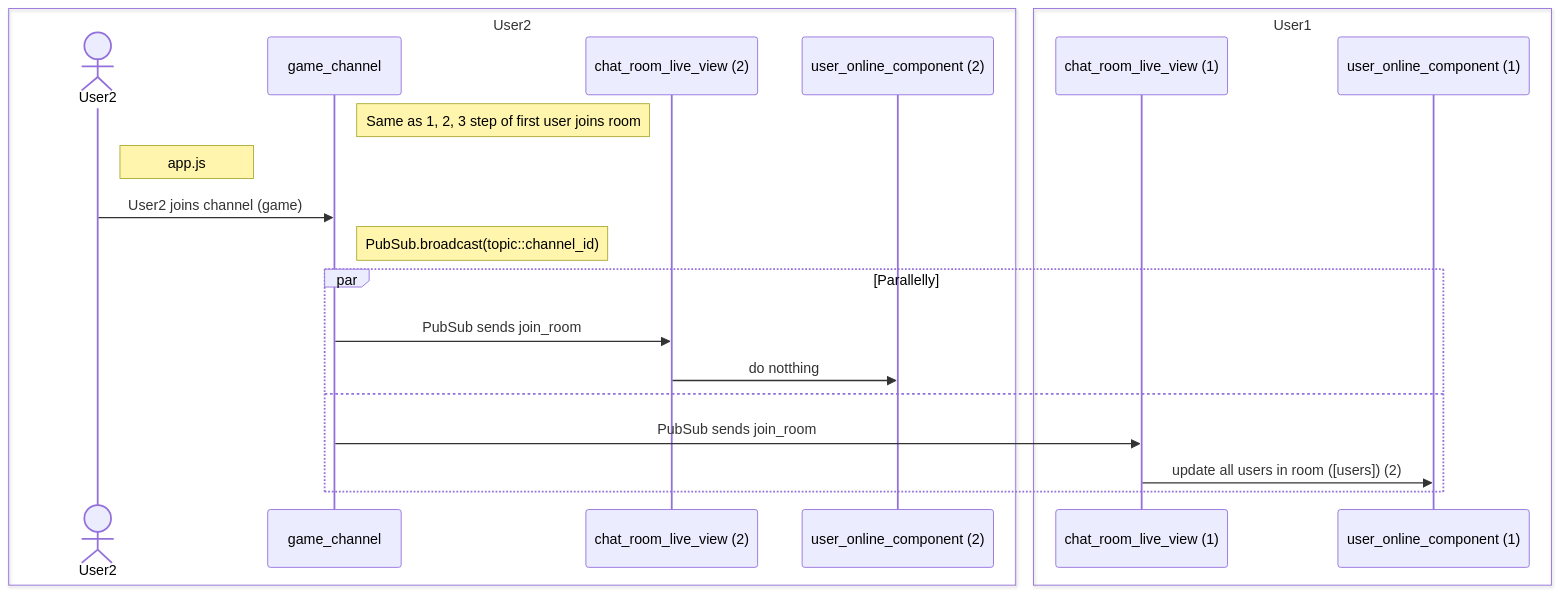
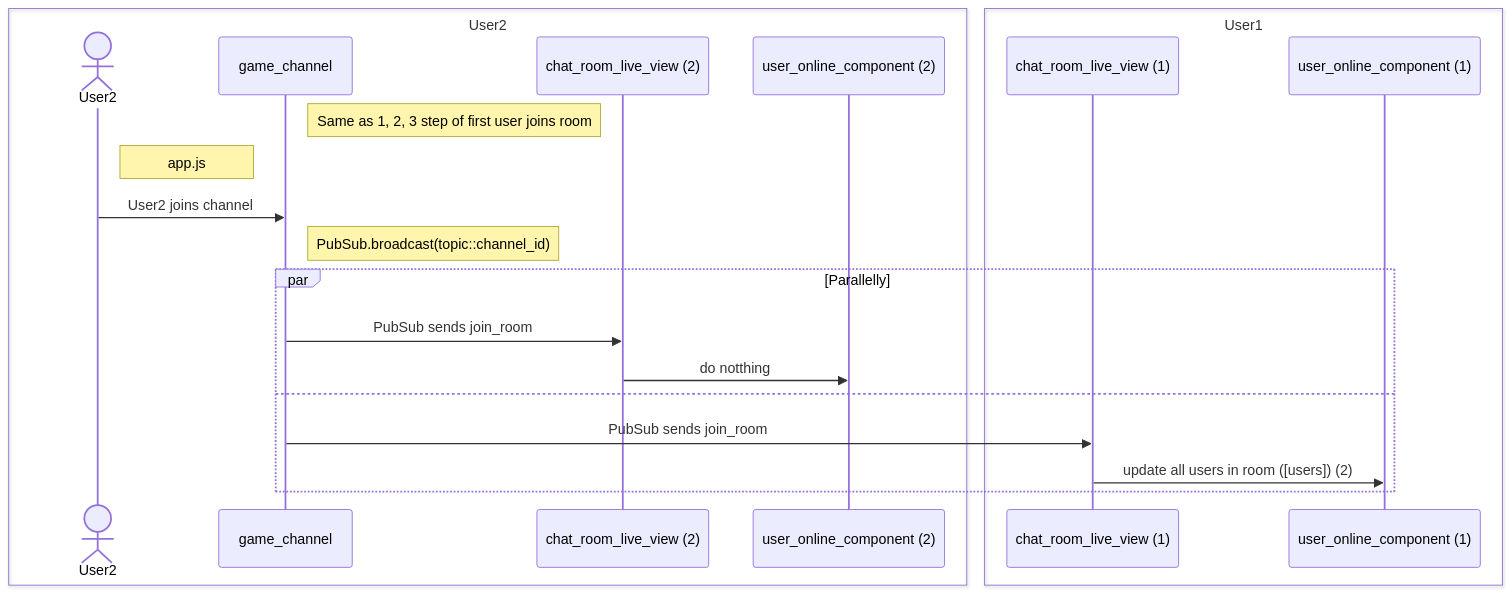
Before and after one commit to ohhi-vn/embedded_chat: the second of 5 diagrams in README.md, drawn with Mermaid. The commit also changed other lines of this file and 17 other files, not shown here.

````diff
--- a/README.md
+++ b/README.md
@@ -74,24 +70,24 @@
 ```mermaid
 sequenceDiagram
     box User2
     actor User2
     participant game_channel
     participant chat_room_live_view (2)
     participant user_online_component (2)
     end
     box User1
     participant chat_room_live_view (1)
     participant user_online_component (1)
     end
     Note right of game_channel: Same as 1, 2, 3 step of first user joins room
     Note right of User2: app.js
-    User2->>game_channel: User2 joins channel (game)
+    User2->>game_channel: User2 joins channel
     Note right of game_channel: PubSub.broadcast(topic::channel_id)
     par Parallelly
     game_channel->>chat_room_live_view (2): PubSub sends join_room
     chat_room_live_view (2)->>user_online_component (2): do notthing
     and
     game_channel->>chat_room_live_view (1): PubSub sends join_room
     chat_room_live_view (1)->>user_online_component (1): update all users in room ([users]) (2)
     end
 ```
````
